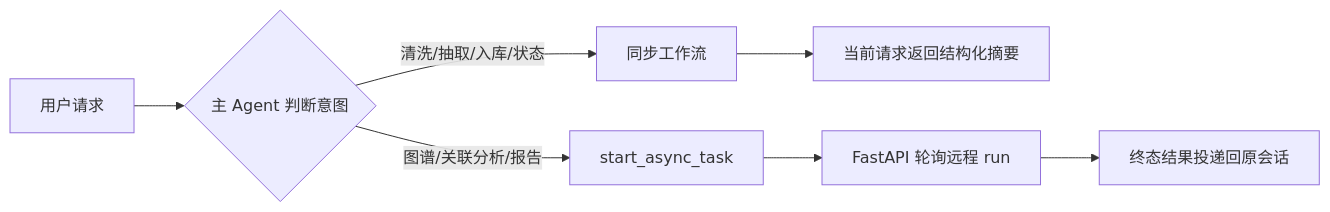
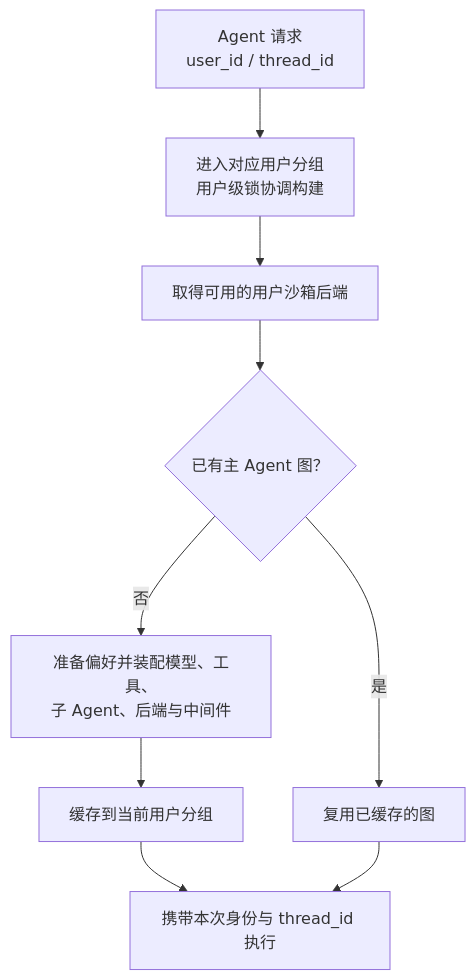
The fourth of 33 diagrams in doc/PROJECT_DOCUMENTATION.md (greenC2h/ThreatWeave), drawn with Mermaid before and after one commit. The commit also changed other lines of this file and 9 other files, not shown here.

````diff
--- a/doc/PROJECT_DOCUMENTATION.md
+++ b/doc/PROJECT_DOCUMENTATION.md
@@ -93,9 +284,11 @@
 ```mermaid
-flowchart LR
-    REQUEST["用户请求"] --> CLASSIFY{"主 Agent 判断意图"}
-    CLASSIFY -->|"清洗/抽取/入库/状态"| SYNC["同步工作流"]
-    SYNC --> RESULT["当前请求返回结构化摘要"]
-    CLASSIFY -->|"图谱/关联分析/报告"| ASYNC["start_async_task"]
-    ASYNC --> POLL["FastAPI 轮询远程 run"]
-    POLL --> RESULT2["终态结果投递回原会话"]
+flowchart TD
+    REQUEST["Agent 请求<br/>user_id / thread_id"] --> GROUP["进入对应用户分组<br/>用户级锁协调构建"]
+    GROUP --> SANDBOX["取得可用的用户沙箱后端"]
+    SANDBOX --> CACHED{"已有主 Agent 图？"}
+    CACHED -->|否| BUILD["准备偏好并装配模型、工具、<br/>子 Agent、后端与中间件"]
+    BUILD --> SAVE["缓存到当前用户分组"]
+    CACHED -->|是| REUSE["复用已缓存的图"]
+    SAVE --> RUN["携带本次身份与 thread_id 执行"]
+    REUSE --> RUN
 ```
````
